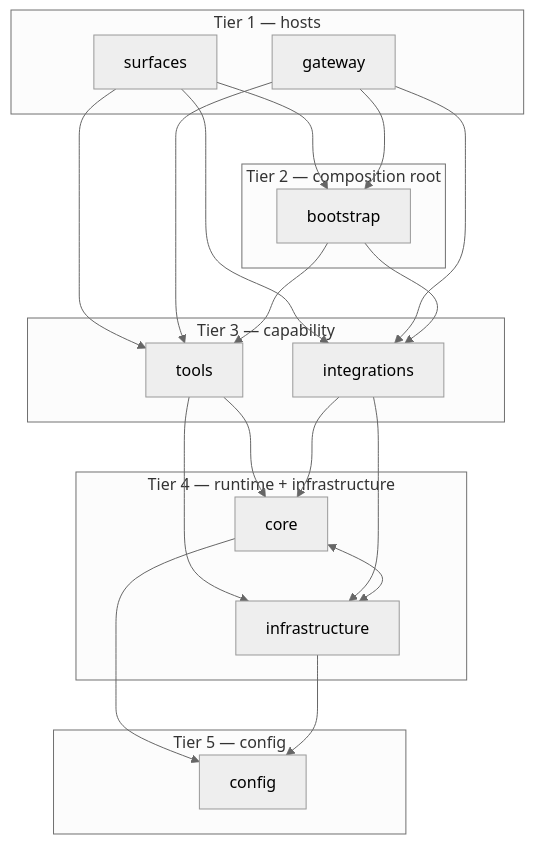
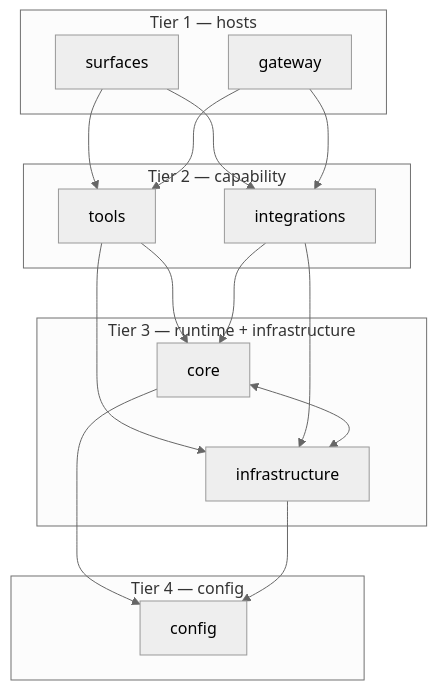
Before and after one commit to Tracer-Cloud/opensre: the first of 3 diagrams in docs/ARCHITECTURE.md, drawn with Mermaid (neutral theme). The commit also changed other lines of this file and 77 other files, not shown here.

````diff
--- a/docs/ARCHITECTURE.md
+++ b/docs/ARCHITECTURE.md
@@ -27,40 +26,33 @@
 ```mermaid
 flowchart TD
     subgraph T1["Tier 1 — hosts"]
         SURFACES[surfaces]
         GATEWAY[gateway]
     end
-    subgraph T2["Tier 2 — composition root"]
-        BOOT[bootstrap]
-    end
-    subgraph T3["Tier 3 — capability"]
+    subgraph T2["Tier 2 — capability"]
         TOOLS[tools]
         INTEGRATIONS[integrations]
     end
-    subgraph T4["Tier 4 — runtime + infrastructure"]
+    subgraph T3["Tier 3 — runtime + infrastructure"]
         CORE[core]
         INFRA[infrastructure]
     end
-    subgraph T5["Tier 5 — config"]
+    subgraph T4["Tier 4 — config"]
         CONFIG[config]
     end
 
-    SURFACES --> BOOT
-    GATEWAY --> BOOT
     SURFACES --> TOOLS
     SURFACES --> INTEGRATIONS
     GATEWAY --> TOOLS
     GATEWAY --> INTEGRATIONS
-    BOOT --> TOOLS
-    BOOT --> INTEGRATIONS
 
     TOOLS --> CORE
     TOOLS --> INFRA
     INTEGRATIONS --> CORE
     INTEGRATIONS --> INFRA
 
     CORE <--> INFRA
 
     CORE --> CONFIG
     INFRA --> CONFIG
 ```
````
